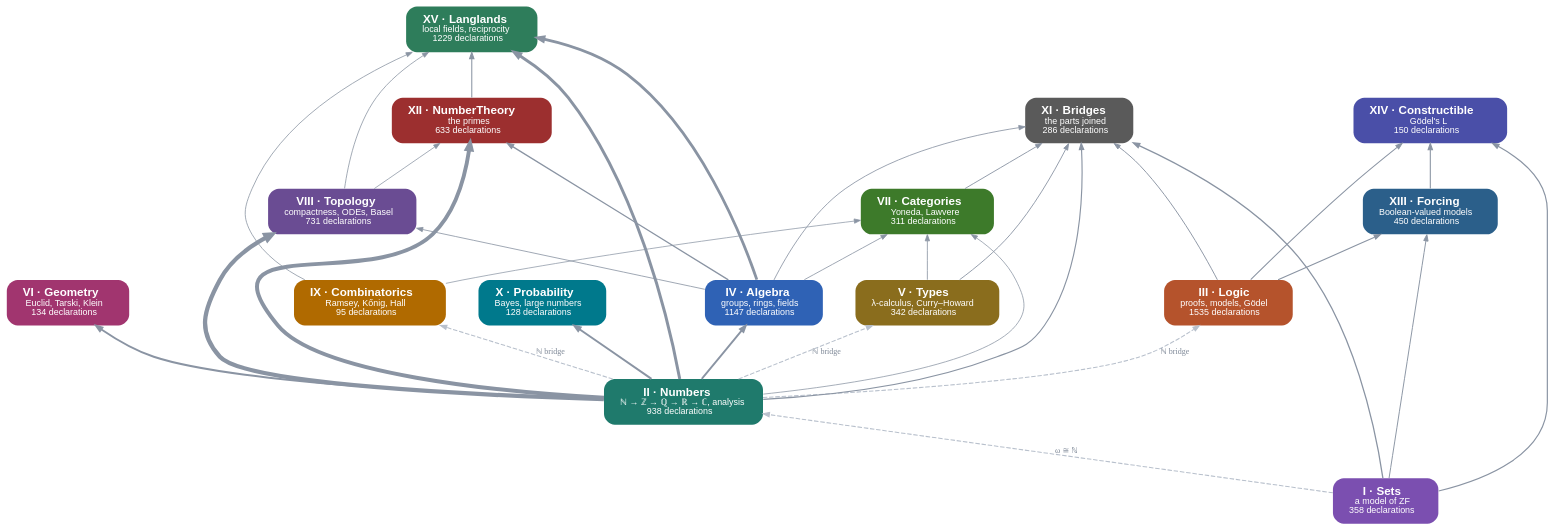
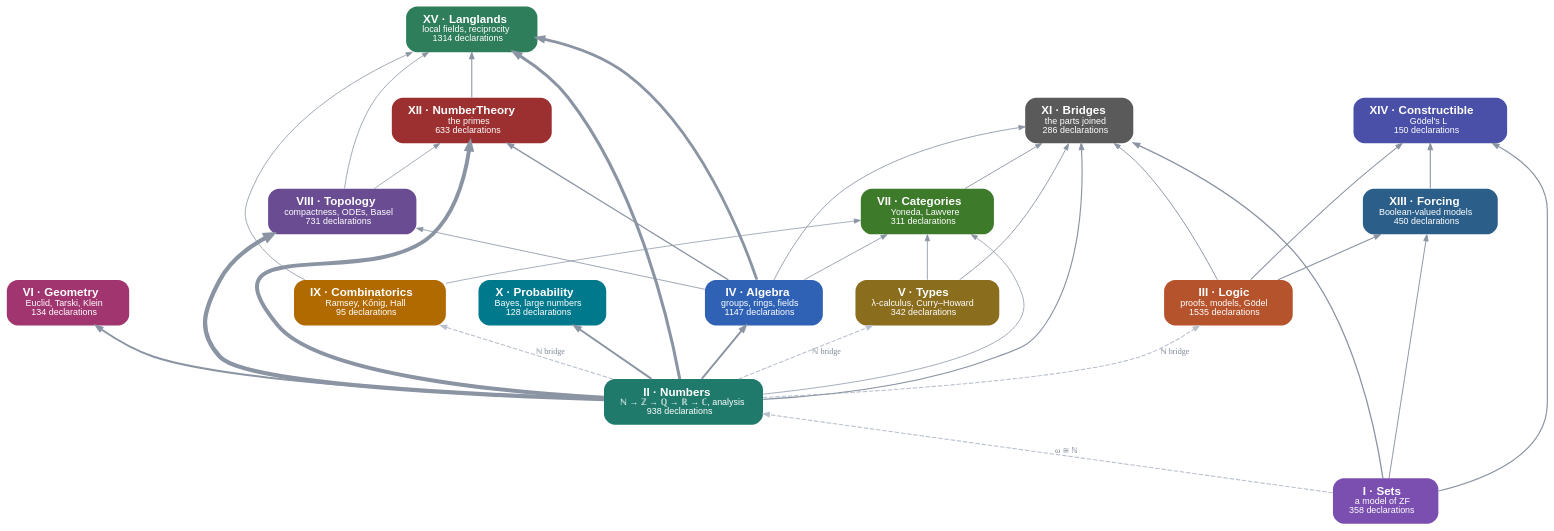
Before and after one commit to damianspendel/foundations: the diagram in site/dist/parts.dot, drawn with Graphviz. The commit also changed 13 other files, not shown here.

```diff
--- a/site/dist/parts.dot
+++ b/site/dist/parts.dot
@@ -1,52 +1,52 @@
 digraph parts {
 rankdir=BT; bgcolor="transparent"; nodesep=0.5; ranksep=0.7;
 node [shape=box, style="rounded,filled", fontname="Helvetica", fontsize=13, penwidth=0, margin="0.25,0.12"];
 edge [color="#8a94a3", arrowsize=0.7];
 "Sets" [label=<<b>I · Sets</b><br/><font point-size="10">a model of ZF<br/>358 declarations</font>>, fillcolor="#7b4fb0", fontcolor="white"];
 "Numbers" [label=<<b>II · Numbers</b><br/><font point-size="10">ℕ → ℤ → ℚ → ℝ → ℂ, analysis<br/>938 declarations</font>>, fillcolor="#1f7a6c", fontcolor="white"];
 "Logic" [label=<<b>III · Logic</b><br/><font point-size="10">proofs, models, Gödel<br/>1535 declarations</font>>, fillcolor="#b5532c", fontcolor="white"];
 "Algebra" [label=<<b>IV · Algebra</b><br/><font point-size="10">groups, rings, fields<br/>1147 declarations</font>>, fillcolor="#2f62b5", fontcolor="white"];
 "Types" [label=<<b>V · Types</b><br/><font point-size="10">λ-calculus, Curry–Howard<br/>342 declarations</font>>, fillcolor="#8a6d1d", fontcolor="white"];
 "Geometry" [label=<<b>VI · Geometry</b><br/><font point-size="10">Euclid, Tarski, Klein<br/>134 declarations</font>>, fillcolor="#a1356f", fontcolor="white"];
 "Categories" [label=<<b>VII · Categories</b><br/><font point-size="10">Yoneda, Lawvere<br/>311 declarations</font>>, fillcolor="#3d7a2a", fontcolor="white"];
 "Topology" [label=<<b>VIII · Topology</b><br/><font point-size="10">compactness, ODEs, Basel<br/>731 declarations</font>>, fillcolor="#6a4c93", fontcolor="white"];
 "Combinatorics" [label=<<b>IX · Combinatorics</b><br/><font point-size="10">Ramsey, Kőnig, Hall<br/>95 declarations</font>>, fillcolor="#b06a00", fontcolor="white"];
 "Probability" [label=<<b>X · Probability</b><br/><font point-size="10">Bayes, large numbers<br/>128 declarations</font>>, fillcolor="#00798c", fontcolor="white"];
 "Bridges" [label=<<b>XI · Bridges</b><br/><font point-size="10">the parts joined<br/>286 declarations</font>>, fillcolor="#5a5a5a", fontcolor="white"];
 "NumberTheory" [label=<<b>XII · NumberTheory</b><br/><font point-size="10">the primes<br/>633 declarations</font>>, fillcolor="#9c2f2f", fontcolor="white"];
 "Forcing" [label=<<b>XIII · Forcing</b><br/><font point-size="10">Boolean-valued models<br/>450 declarations</font>>, fillcolor="#2b5f8a", fontcolor="white"];
 "Constructible" [label=<<b>XIV · Constructible</b><br/><font point-size="10">Gödel's L<br/>150 declarations</font>>, fillcolor="#4a4fa8", fontcolor="white"];
-"Langlands" [label=<<b>XV · Langlands</b><br/><font point-size="10">local fields, reciprocity<br/>1229 declarations</font>>, fillcolor="#2e7d5b", fontcolor="white"];
+"Langlands" [label=<<b>XV · Langlands</b><br/><font point-size="10">local fields, reciprocity<br/>1314 declarations</font>>, fillcolor="#2e7d5b", fontcolor="white"];
 "Algebra" -> "Bridges" [penwidth=0.94, tooltip="37 uses of Algebra in Bridges"];
 "Algebra" -> "Categories" [penwidth=0.91, tooltip="23 uses of Algebra in Categories"];
-"Algebra" -> "Langlands" [penwidth=3.14, tooltip="10083 uses of Algebra in Langlands"];
+"Algebra" -> "Langlands" [penwidth=3.14, tooltip="10097 uses of Algebra in Langlands"];
 "Algebra" -> "NumberTheory" [penwidth=1.40, tooltip="653 uses of Algebra in NumberTheory"];
 "Algebra" -> "Topology" [penwidth=0.91, tooltip="24 uses of Algebra in Topology"];
 "Categories" -> "Bridges" [penwidth=1.01, tooltip="82 uses of Categories in Bridges"];
 "Combinatorics" -> "Categories" [penwidth=0.82, tooltip="1 uses of Combinatorics in Categories"];
 "Combinatorics" -> "Langlands" [penwidth=0.88, tooltip="12 uses of Combinatorics in Langlands"];
 "Forcing" -> "Constructible" [penwidth=1.21, tooltip="314 uses of Forcing in Constructible"];
 "Logic" -> "Bridges" [penwidth=1.05, tooltip="115 uses of Logic in Bridges"];
 "Logic" -> "Constructible" [penwidth=1.16, tooltip="234 uses of Logic in Constructible"];
 "Logic" -> "Forcing" [penwidth=1.23, tooltip="338 uses of Logic in Forcing"];
 "NumberTheory" -> "Langlands" [penwidth=1.18, tooltip="261 uses of NumberTheory in Langlands"];
 "Numbers" -> "Algebra" [penwidth=2.10, tooltip="3114 uses of Numbers in Algebra"];
 "Numbers" -> "Bridges" [penwidth=1.27, tooltip="404 uses of Numbers in Bridges"];
 "Numbers" -> "Categories" [penwidth=0.85, tooltip="5 uses of Numbers in Categories"];
 "Numbers" -> "Geometry" [penwidth=2.12, tooltip="3189 uses of Numbers in Geometry"];
-"Numbers" -> "Langlands" [penwidth=3.33, tooltip="11775 uses of Numbers in Langlands"];
+"Numbers" -> "Langlands" [penwidth=3.41, tooltip="12578 uses of Numbers in Langlands"];
 "Numbers" -> "NumberTheory" [penwidth=4.39, tooltip="23743 uses of Numbers in NumberTheory"];
 "Numbers" -> "Probability" [penwidth=2.21, tooltip="3662 uses of Numbers in Probability"];
 "Numbers" -> "Topology" [penwidth=4.80, tooltip="29469 uses of Numbers in Topology"];
 "Sets" -> "Bridges" [penwidth=1.46, tooltip="796 uses of Sets in Bridges"];
 "Sets" -> "Constructible" [penwidth=1.32, tooltip="492 uses of Sets in Constructible"];
 "Sets" -> "Forcing" [penwidth=1.08, tooltip="145 uses of Sets in Forcing"];
 "Topology" -> "Langlands" [penwidth=0.88, tooltip="11 uses of Topology in Langlands"];
 "Topology" -> "NumberTheory" [penwidth=0.85, tooltip="4 uses of Topology in NumberTheory"];
 "Types" -> "Bridges" [penwidth=1.00, tooltip="73 uses of Types in Bridges"];
 "Types" -> "Categories" [penwidth=0.91, tooltip="21 uses of Types in Categories"];
 "Sets" -> "Numbers" [style=dashed, color="#b8c0cc", penwidth=1.2, label=<<font point-size="9" color="#7d8796">ω ≅ ℕ</font>>];
 "Numbers" -> "Logic" [style=dashed, color="#b8c0cc", penwidth=1.2, label=<<font point-size="9" color="#7d8796">ℕ bridge</font>>];
 "Numbers" -> "Types" [style=dashed, color="#b8c0cc", penwidth=1.2, label=<<font point-size="9" color="#7d8796">ℕ bridge</font>>];
 "Numbers" -> "Combinatorics" [style=dashed, color="#b8c0cc", penwidth=1.2, label=<<font point-size="9" color="#7d8796">ℕ bridge</font>>];
 }
```
